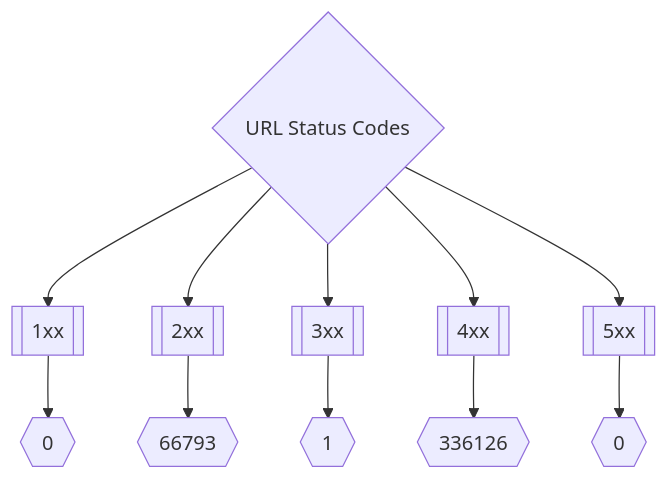
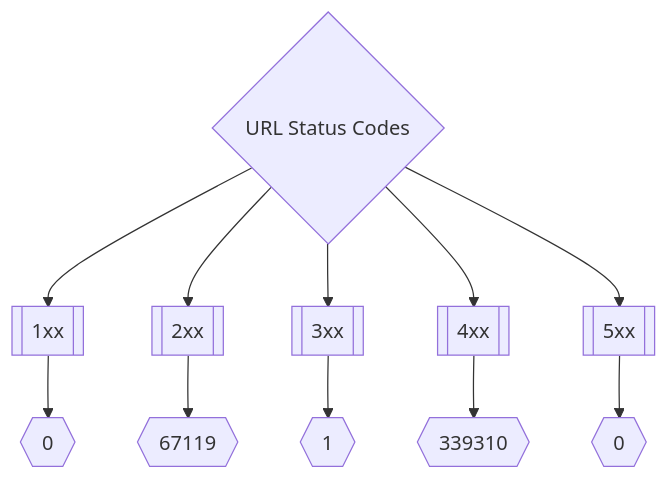
The second of 3 diagrams in README.md (trickest/inventory), drawn with Mermaid before and after one commit. The commit also changed other lines of this file, not shown here.

Commit message:
Update Mon Apr 25 14:05:23 UTC 2022

````diff
--- a/README.md
+++ b/README.md
@@ -173,8 +173,8 @@
 ```mermaid
 graph TD
 title{URL Status Codes} --> 1xx[[1xx]] --> status1xxNum{{0}}
-title --> 2xx[[2xx]] --> status2xxNum{{66793}}
+title --> 2xx[[2xx]] --> status2xxNum{{67119}}
 title --> 3xx[[3xx]] --> status3xxNum{{1}}
-title --> 4xx[[4xx]] --> status4xxNum{{336126}}
+title --> 4xx[[4xx]] --> status4xxNum{{339310}}
 title --> 5xx[[5xx]] --> status5xxNum{{0}}
 ```
````
